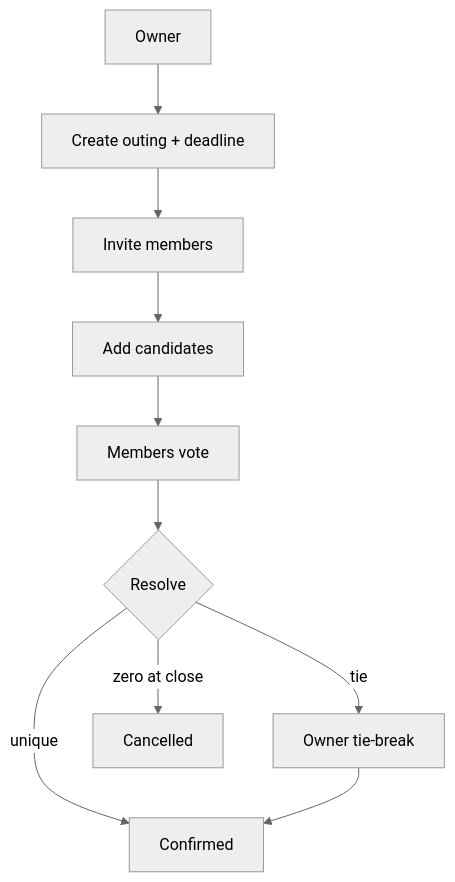
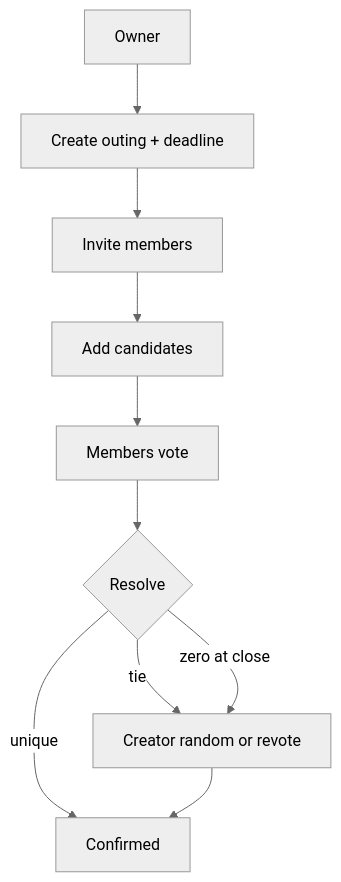
One commit to MohamedMSalah/yalla5roga changed the second of 4 diagrams in docs/USER_SCENARIOS.md. Above: the diagram before and after it, drawn with Mermaid (neutral theme). The commit also changed other lines of this file and 77 other files, not shown here.

````diff
--- a/docs/USER_SCENARIOS.md
+++ b/docs/USER_SCENARIOS.md
@@ -282,12 +282,12 @@
 ```mermaid
 flowchart TD
   O[Owner] --> C[Create outing + deadline]
   C --> I[Invite members]
   I --> V[Add candidates]
   V --> M[Members vote]
   M --> R{Resolve}
   R -->|unique| W[Confirmed]
-  R -->|tie| T[Owner tie-break]
+  R -->|tie| T[Creator random or revote]
   T --> W
-  R -->|zero at close| X[Cancelled]
+  R -->|zero at close| T
 ```
````
